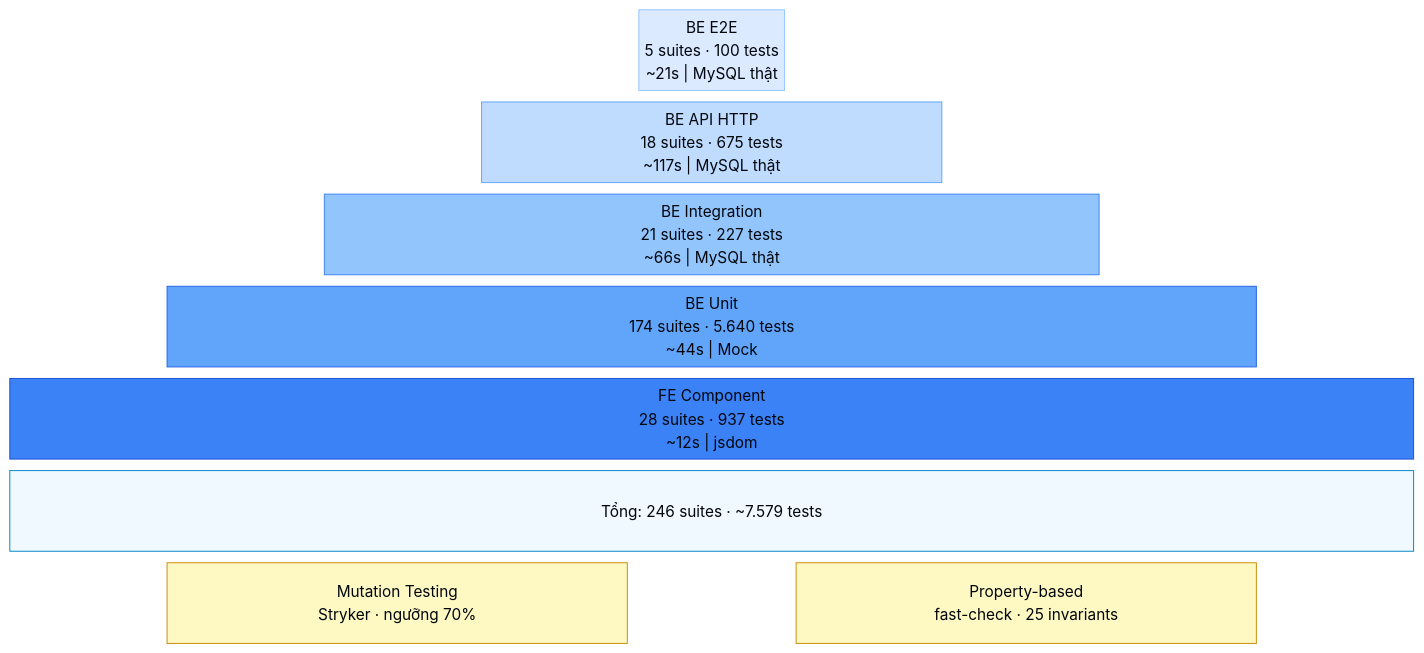
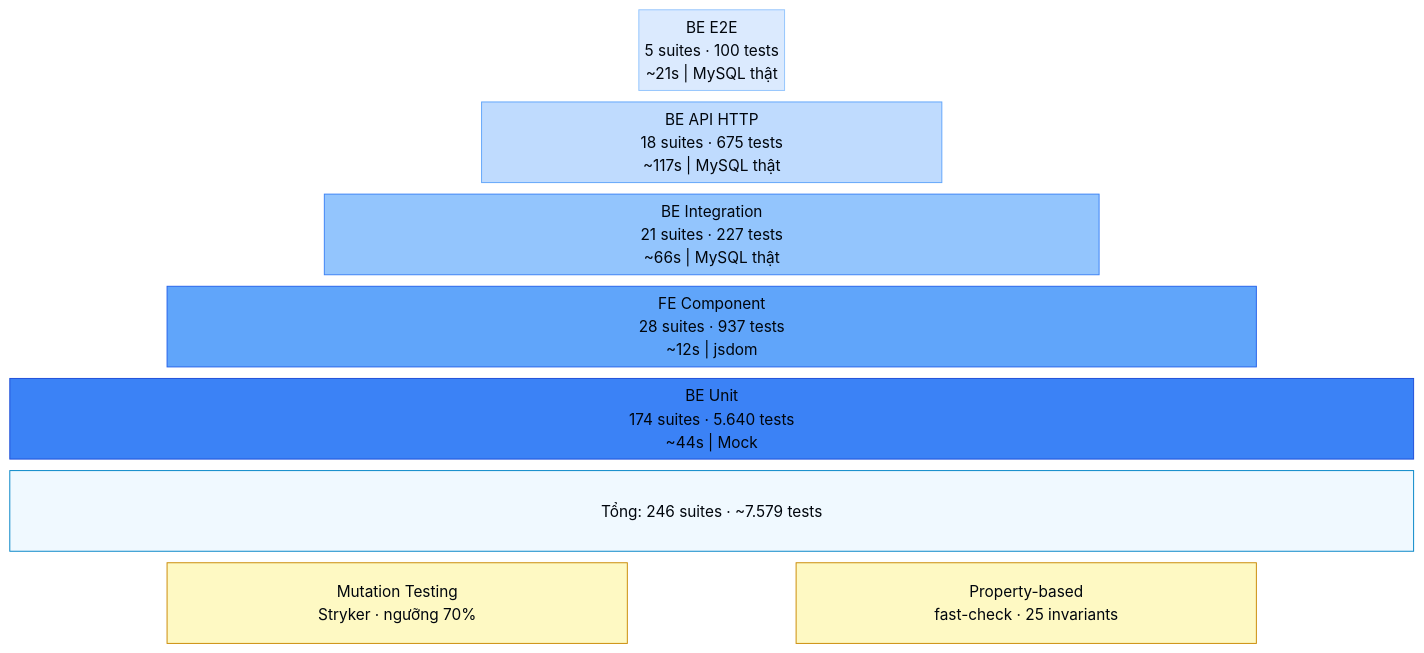
The diagram in diagrams/rag/testing-pyramid.mmd (MinhThang1009/E-commerce-website), drawn with Mermaid before and after one commit. The commit also changed 9 other files, not shown here.

```diff
--- a/diagrams/rag/testing-pyramid.mmd
+++ b/diagrams/rag/testing-pyramid.mmd
@@ -1,47 +1,47 @@
 %%{init: {
   'theme': 'base',
   'themeVariables': {
     'primaryColor': '#DAE8FC',
     'primaryTextColor': '#000000',
     'primaryBorderColor': '#6C8EBF',
     'lineColor': '#4D4D4D'
   },
   'block': {'padding': 12}
 }}%%
 block-beta
   columns 9
 
   space:4
   E2E["BE E2E\n5 suites · 100 tests\n~21s | MySQL thật"]:1
   space:4
 
   space:3
   API["BE API HTTP\n18 suites · 675 tests\n~117s | MySQL thật"]:3
   space:3
 
   space:2
   INT["BE Integration\n21 suites · 227 tests\n~66s | MySQL thật"]:5
   space:2
 
   space:1
-  UNIT["BE Unit\n174 suites · 5.640 tests\n~44s | Mock"]:7
+  FE["FE Component\n28 suites · 937 tests\n~12s | jsdom"]:7
   space:1
 
-  FE["FE Component\n28 suites · 937 tests\n~12s | jsdom"]:9
+  UNIT["BE Unit\n174 suites · 5.640 tests\n~44s | Mock"]:9
 
   TOTAL["Tổng: 246 suites · ~7.579 tests"]:9
 
   space:1
   MUT["Mutation Testing\nStryker · ngưỡng 70%"]:3
   space:1
   PROP["Property-based\nfast-check · 25 invariants"]:3
   space:1
 
   style E2E fill:#dbeafe,stroke:#93c5fd
   style API fill:#bfdbfe,stroke:#60a5fa
   style INT fill:#93c5fd,stroke:#3b82f6
-  style UNIT fill:#60a5fa,stroke:#2563eb
-  style FE fill:#3b82f6,stroke:#1d4ed8,color:#ffffff
+  style UNIT fill:#3b82f6,stroke:#1d4ed8,color:#ffffff
+  style FE fill:#60a5fa,stroke:#2563eb
   style TOTAL fill:#f0f9ff,stroke:#0284c7
   style MUT fill:#fef9c3,stroke:#ca8a04
   style PROP fill:#fef9c3,stroke:#ca8a04
```
